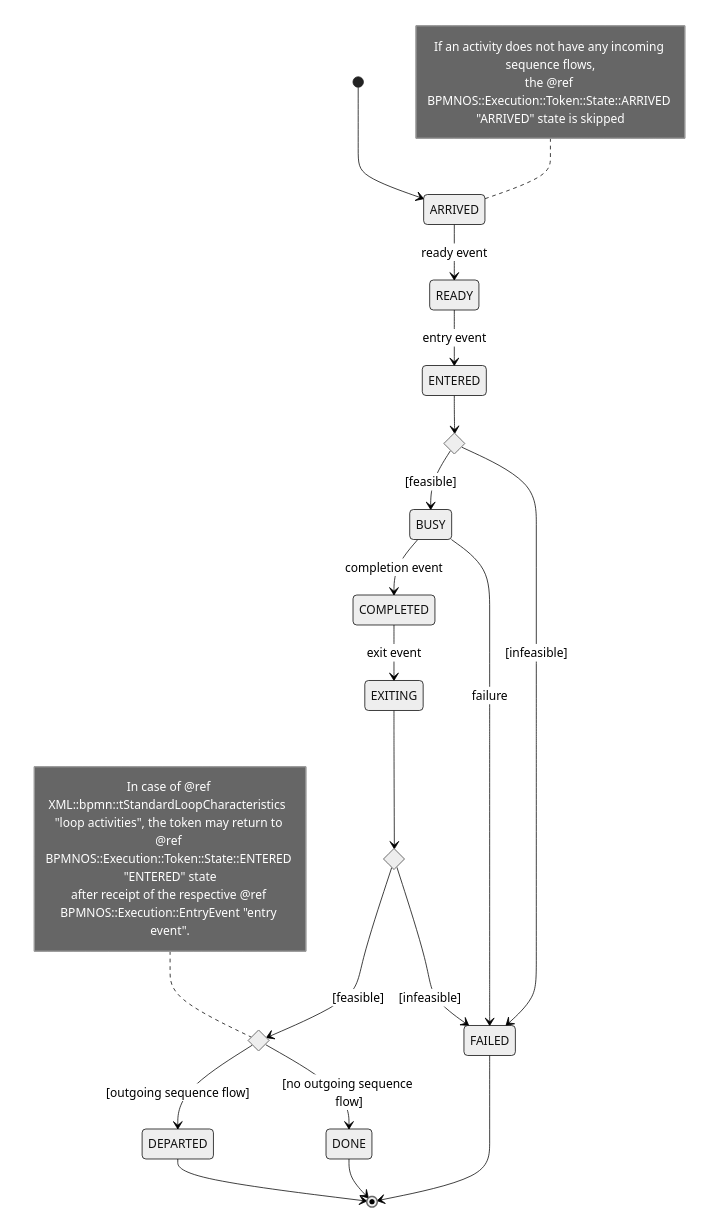
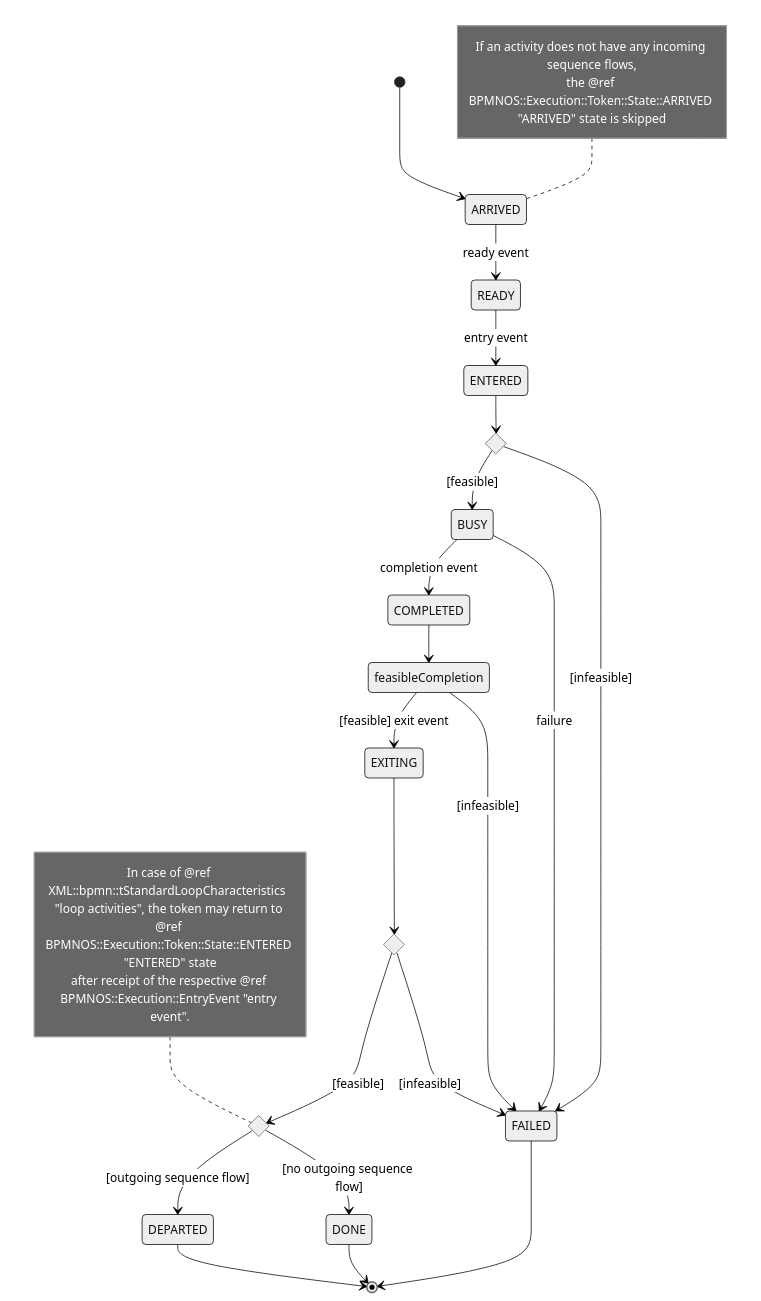
The diagram in docs/md/logic/token_flow_logic_tasks.md (bpmn-os/bpmnos-engine), drawn with Mermaid (neutral theme) before and after one commit. The commit also changed other lines of this file and 17 other files, not shown here.

```diff
--- a/docs/md/logic/token_flow_logic_tasks.md
+++ b/docs/md/logic/token_flow_logic_tasks.md
@@ -13,31 +13,33 @@
 <pre class="mermaid">
 stateDiagram-v2
     state feasibleEntry <<choice>>
     state feasibleExit <<choice>>
     state departure <<choice>>
     [*] --> ARRIVED
     note left of ARRIVED
       If an activity does not have any incoming sequence flows,
       the @ref BPMNOS::Execution::Token::State::ARRIVED "ARRIVED" state is skipped 
     end note
     ARRIVED --> READY: ready event
     READY --> ENTERED: entry event
     ENTERED --> feasibleEntry
     feasibleEntry --> BUSY: [feasible]
     feasibleEntry --> FAILED: [infeasible]
     BUSY --> COMPLETED: completion event
     BUSY --> FAILED: failure
-    COMPLETED --> EXITING: exit event
+    COMPLETED --> feasibleCompletion
+    feasibleCompletion --> EXITING: [feasible] exit event
+    feasibleCompletion --> FAILED: [infeasible]
     EXITING --> feasibleExit
     feasibleExit --> departure: [feasible]
     note left of departure
       In case of @ref XML::bpmn::tStandardLoopCharacteristics  "loop activities", the token may return to @ref BPMNOS::Execution::Token::State::ENTERED "ENTERED" state
       after receipt of the respective @ref BPMNOS::Execution::EntryEvent "entry event".
     end note
     feasibleExit --> FAILED: [infeasible]
     departure --> DEPARTED: [outgoing sequence flow]
     departure --> DONE: [no outgoing sequence flow]
     DEPARTED --> [*]
     DONE --> [*]
     FAILED --> [*]
 </pre>
```
